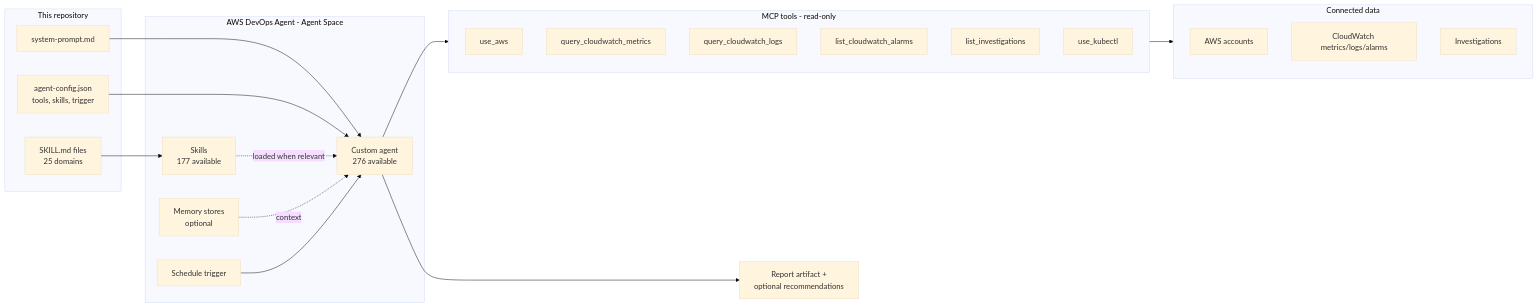
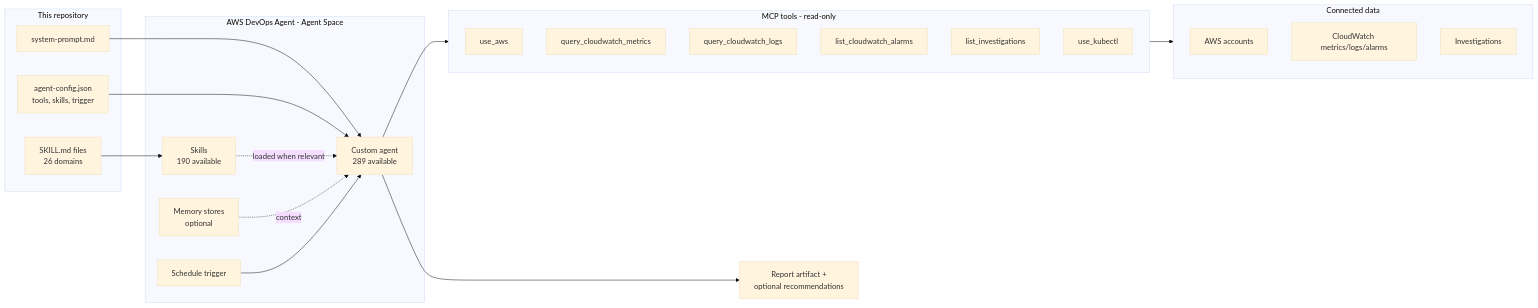
The first of 4 diagrams in README.md (Misterb91123/aws-sample-ai-agents), drawn with Mermaid (base theme) before and after one commit. The commit also changed other lines of this file and 42 other files, not shown here.

````diff
--- a/README.md
+++ b/README.md
@@ -28,42 +28,42 @@
 ```mermaid
 flowchart LR
     subgraph Repo["This repository"]
         SP[system-prompt.md]
         CFG[agent-config.json<br/>tools, skills, trigger]
-        SK[SKILL.md files<br/>25 domains]
+        SK[SKILL.md files<br/>26 domains]
     end
 
     subgraph Space["AWS DevOps Agent - Agent Space"]
-        AG[Custom agent<br/>276 available]
-        SKA[Skills<br/>177 available]
+        AG[Custom agent<br/>289 available]
+        SKA[Skills<br/>190 available]
         MEM[Memory stores<br/>optional]
         TRG[Schedule trigger]
     end
 
     subgraph Tools["MCP tools - read-only"]
         T1[use_aws]
         T2[query_cloudwatch_metrics]
         T3[query_cloudwatch_logs]
         T4[list_cloudwatch_alarms]
         T5[list_investigations]
         T6[use_kubectl]
     end
 
     subgraph Sources["Connected data"]
         AWS[AWS accounts]
         CW[CloudWatch metrics/logs/alarms]
         INV[Investigations]
     end
 
     OUT[Report artifact +<br/>optional recommendations]
 
     SP --> AG
     CFG --> AG
     SK --> SKA
     SKA -.loaded when relevant.-> AG
     MEM -.context.-> AG
     TRG --> AG
     AG --> Tools
     Tools --> Sources
     AG --> OUT
 ```
````
